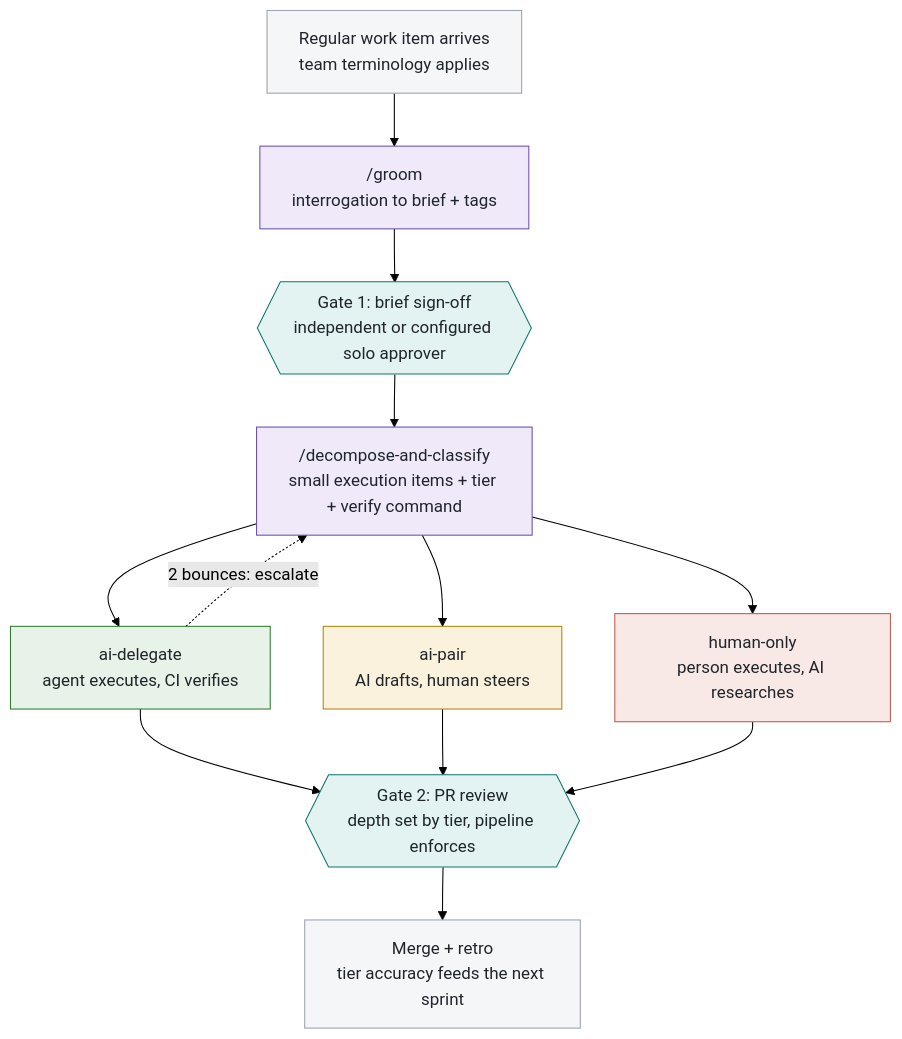
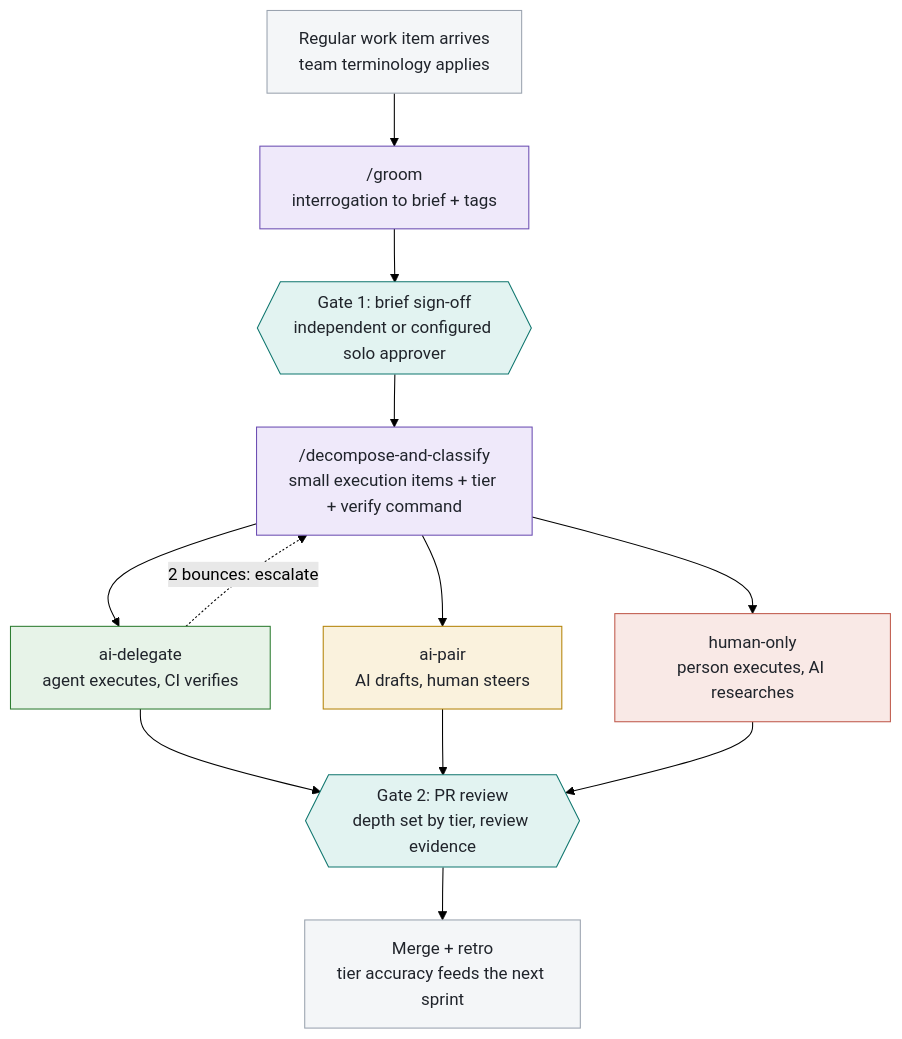
Before and after one commit to izavdev/ai_first: the first of 4 diagrams in whitepaper.md, drawn with Mermaid (forest theme). The commit also changed other lines of this file and 14 other files, not shown here.

````diff
--- a/whitepaper.md
+++ b/whitepaper.md
@@ -55,35 +61,35 @@
 ```mermaid
 flowchart TD
     A["Regular work item arrives<br/>team terminology applies"]
     B["/groom<br/>interrogation to brief + tags"]
     C{{"Gate 1: brief sign-off<br/>independent or configured solo approver"}}
     D["/decompose-and-classify<br/>small execution items + tier + verify command"]
     E["ai-delegate<br/>agent executes, CI verifies"]
     F["ai-pair<br/>AI drafts, human steers"]
     G["human-only<br/>person executes, AI researches"]
-    H{{"Gate 2: PR review<br/>depth set by tier, pipeline enforces"}}
+    H{{"Gate 2: PR review<br/>depth set by tier, review evidence"}}
     I["Merge + retro<br/>tier accuracy feeds the next sprint"]
 
     A --> B --> C --> D
     D --> E
     D --> F
     D --> G
     E --> H
     F --> H
     G --> H
     H --> I
     E -. "2 bounces: escalate" .-> D
 
     classDef skill fill:#efe9fa,stroke:#6d4fb3,color:#20242b
     classDef gate fill:#e2f3f1,stroke:#0f766e,color:#20242b
     classDef delegate fill:#e7f3e8,stroke:#2e7d32,color:#20242b
     classDef pair fill:#faf2dd,stroke:#b5850b,color:#20242b
     classDef human fill:#f9e9e6,stroke:#c05b4d,color:#20242b
     classDef plain fill:#f4f6f8,stroke:#9aa3af,color:#20242b
     class B,D skill
     class C,H gate
     class E delegate
     class F pair
     class G human
     class A,I plain
 ```
````
